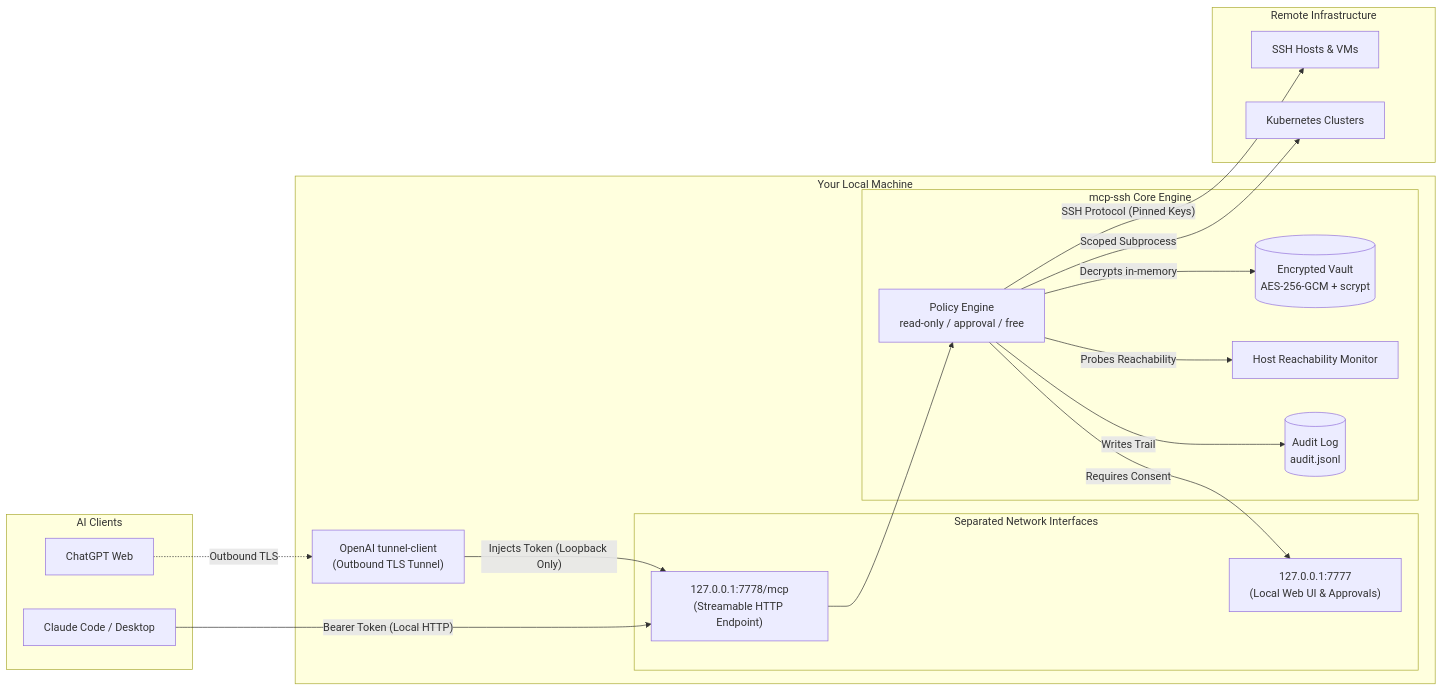
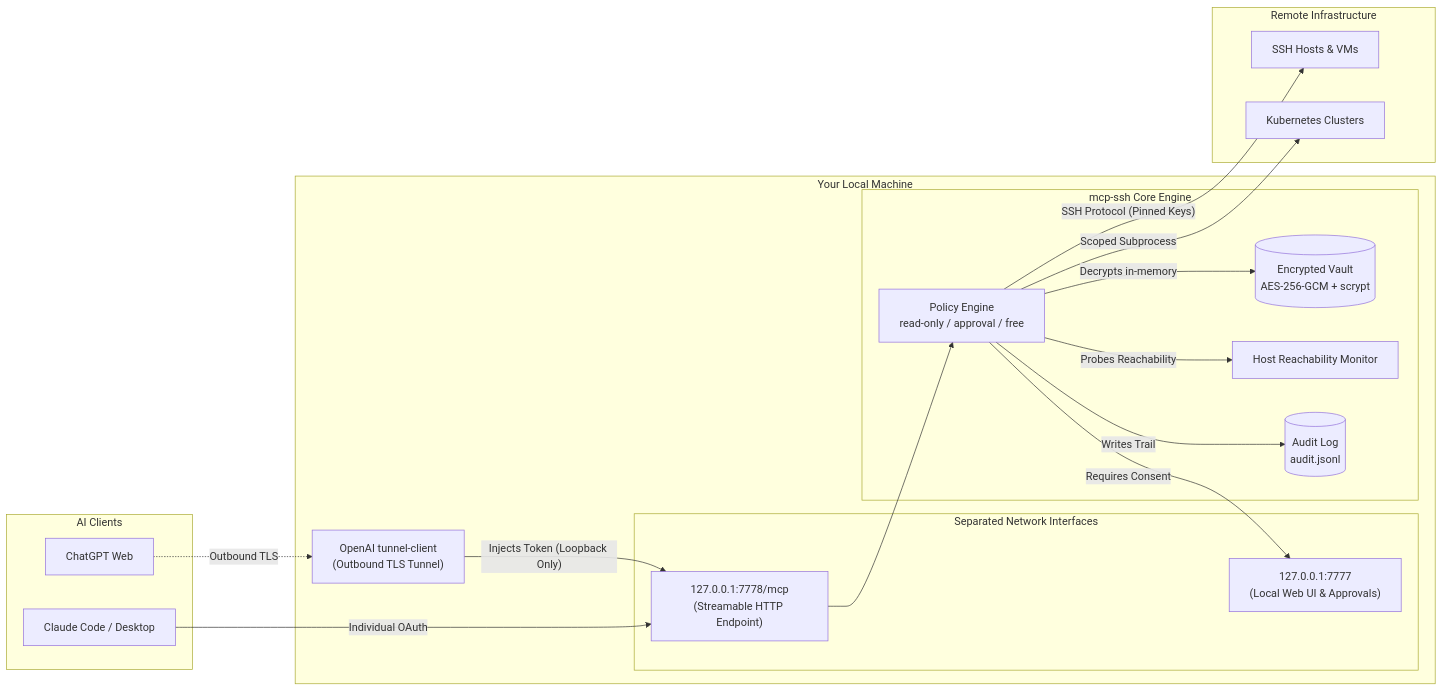
The diagram in README.md (edward1987/mcp-ssh-k8s), drawn with Mermaid before and after one commit. The commit also changed other lines of this file and 110 other files, not shown here.

````diff
--- a/README.md
+++ b/README.md
@@ -18,41 +18,41 @@
 ```mermaid
 flowchart LR
     subgraph AI_Clients [AI Clients]
         Claude[Claude Code / Desktop]
         ChatGPT[ChatGPT Web]
     end
 
     subgraph LocalMachine [Your Local Machine]
         subgraph Ports [Separated Network Interfaces]
             AdminPort["127.0.0.1:7777<br/>(Local Web UI & Approvals)"]
             McpPort["127.0.0.1:7778/mcp<br/>(Streamable HTTP Endpoint)"]
         end
 
         subgraph Core [mcp-ssh Core Engine]
             Vault[("Encrypted Vault<br/>AES-256-GCM + scrypt")]
             Policy[Policy Engine<br/>read-only / approval / free]
             Monitor[Host Reachability Monitor]
             Audit[(Audit Log<br/>audit.jsonl)]
         end
 
         Tunnel["OpenAI tunnel-client<br/>(Outbound TLS Tunnel)"]
     end
 
     subgraph Infrastructure [Remote Infrastructure]
         SSH[SSH Hosts & VMs]
         K8s[Kubernetes Clusters]
     end
 
-    Claude -->|"Bearer Token (Local HTTP)"| McpPort
+    Claude -->|"Individual OAuth"| McpPort
     ChatGPT -.->|"Outbound TLS"| Tunnel
     Tunnel -->|"Injects Token (Loopback Only)"| McpPort
 
     McpPort --> Policy
     Policy -->|"Requires Consent"| AdminPort
     Policy -->|"Decrypts in-memory"| Vault
     Policy -->|"Probes Reachability"| Monitor
     Policy -->|"Writes Trail"| Audit
 
     Policy -->|"SSH Protocol (Pinned Keys)"| SSH
     Policy -->|"Scoped Subprocess"| K8s
 ```
````
